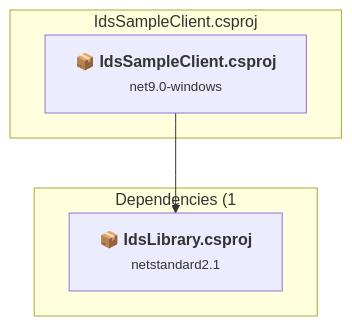
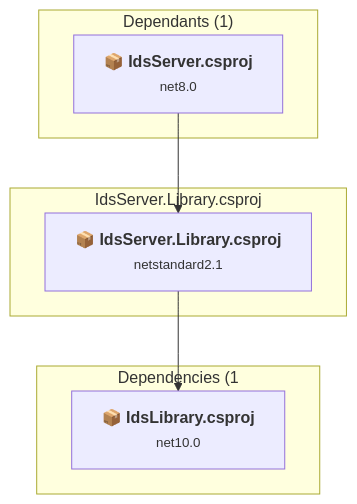
Before and after one commit to Skeferstat/IDS: the fourth of 5 diagrams in .github/upgrades/scenarios/dotnet-version-upgrade/assessment.md, drawn with Mermaid. The commit also changed other lines of this file and 6 other files, not shown here.

````diff
--- a/.github/upgrades/scenarios/dotnet-version-upgrade/assessment.md
+++ b/.github/upgrades/scenarios/dotnet-version-upgrade/assessment.md
@@ -184,13 +261,18 @@
 ```mermaid
 flowchart TB
-    subgraph current["IdsSampleClient.csproj"]
-        MAIN["<b>📦&nbsp;IdsSampleClient.csproj</b><br/><small>net9.0-windows</small>"]
-        click MAIN "#idssampleclientcsproj"
+    subgraph upstream["Dependants (1)"]
+        P1["<b>📦&nbsp;IdsServer.csproj</b><br/><small>net8.0</small>"]
+        click P1 "#idsservercsproj"
+    end
+    subgraph current["IdsServer.Library.csproj"]
+        MAIN["<b>📦&nbsp;IdsServer.Library.csproj</b><br/><small>netstandard2.1</small>"]
+        click MAIN "#x:workspacesdtcrssmdidslibraryidsserverlibraryidsserverlibrarycsproj"
     end
     subgraph downstream["Dependencies (1"]
-        P2["<b>📦&nbsp;IdsLibrary.csproj</b><br/><small>netstandard2.1</small>"]
+        P2["<b>📦&nbsp;IdsLibrary.csproj</b><br/><small>net10.0</small>"]
         click P2 "#x:workspacesdtcrssmdidslibraryidslibraryidslibrarycsproj"
     end
+    P1 --> MAIN
     MAIN --> P2
 
 ```
````
